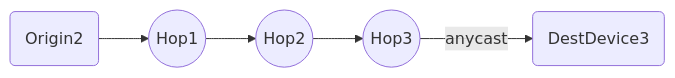
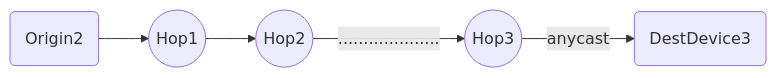
The third of 3 diagrams in content/post/tcp-anycast-shift.md (Cori1109/Cori1109.github.io), drawn with Mermaid before and after one commit. The commit also changed other lines of this file, not shown here.

````diff
--- a/content/post/tcp-anycast-shift.md
+++ b/content/post/tcp-anycast-shift.md
@@ -88,11 +91,12 @@
 ```mermaid
 graph LR
+%%{init:{'flowchart':{'nodeSpacing': 80, 'rankSpacing': 50}}}%%
 
 Origin(Origin2)
 DestDeviceThree(DestDevice3)
 HopOne((Hop1))
 HopTwo((Hop2))
 HopThree((Hop3))
 
-Origin --> HopOne --> HopTwo --> HopThree --> |anycast| DestDeviceThree
+Origin --> HopOne --> HopTwo --> |....................| HopThree --> |anycast| DestDeviceThree
 ```
````
